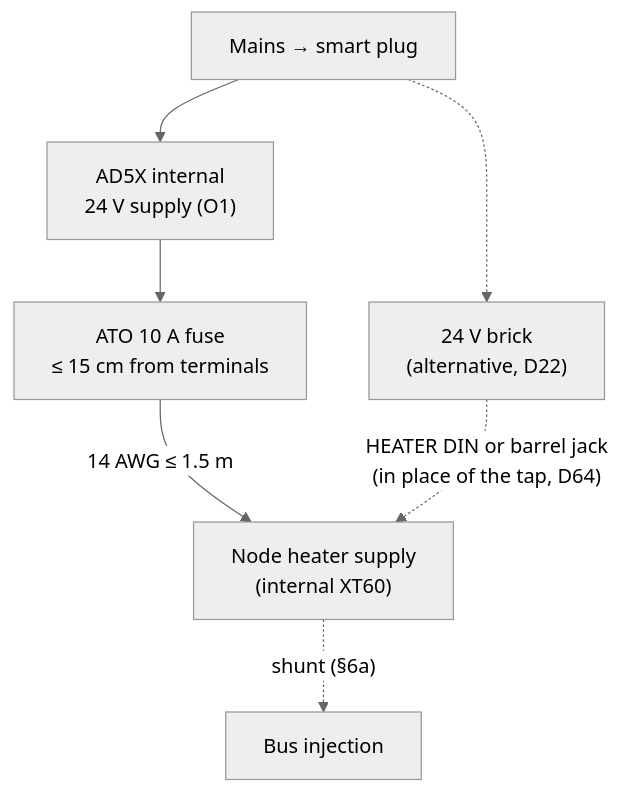
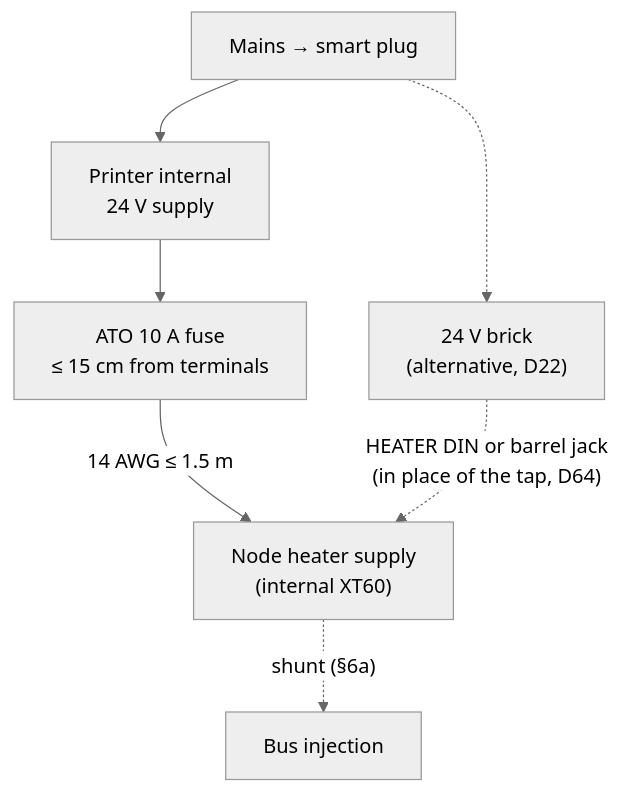
One commit to BashfulBits/3dp-fleet-exhaust changed the second of 7 diagrams in docs/04_wiring_and_pinouts.md. Above: the diagram before and after it, drawn with Mermaid (neutral theme). The commit also changed other lines of this file and 40 other files, not shown here.

````diff
--- a/docs/04_wiring_and_pinouts.md
+++ b/docs/04_wiring_and_pinouts.md
@@ -21,9 +21,9 @@
 ```mermaid
 flowchart TB
-  SP["Mains → smart plug"] --> AD["AD5X internal<br>24 V supply (O1)"]
+  SP["Mains → smart plug"] --> AD["Printer internal<br>24 V supply"]
   AD --> FU["ATO 10 A fuse<br>≤ 15 cm from terminals"]
   FU -->|"14 AWG ≤ 1.5 m"| N["Node heater supply<br>(internal XT60)"]
   SP -.-> BRK["24 V brick<br>(alternative, D22)"]
   BRK -.->|"HEATER DIN or barrel jack<br>(in place of the tap, D64)"| N
   N -.->|"shunt (§6a)"| BUS["Bus injection"]
 ```
````
